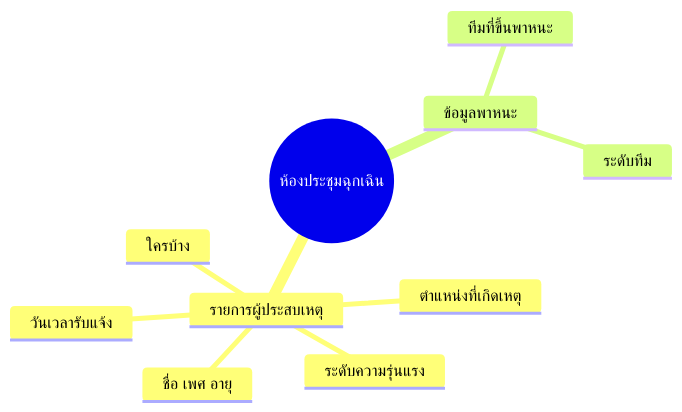
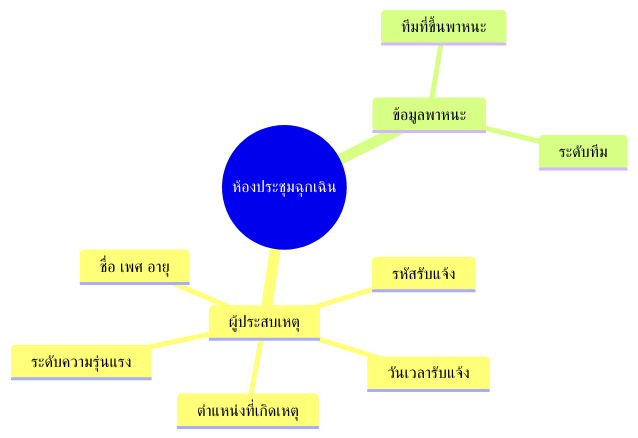
Before and after one commit to lionants02/Mi-DEMS: the second of 3 diagrams in README.md, drawn with Mermaid. The commit also changed other lines of this file and 1 other file, not shown here.

````diff
--- a/README.md
+++ b/README.md
@@ -63,14 +64,14 @@
 ```mermaid
 mindmap
   root((ห้องประชุมฉุกเฉิน))
-    รายการผู้ประสบเหตุ
-        ใครบ้าง
+    ผู้ประสบเหตุ
         ตำแหน่งที่เกิดเหตุ
         ชื่อ เพศ อายุ
         ระดับความรุ่นแรง
         วันเวลารับแจ้ง
+        รหัสรับแจ้ง
     ข้อมูลพาหนะ
         ทีมที่ขึ้นพาหนะ
         ระดับทีม
     
 ```
````
